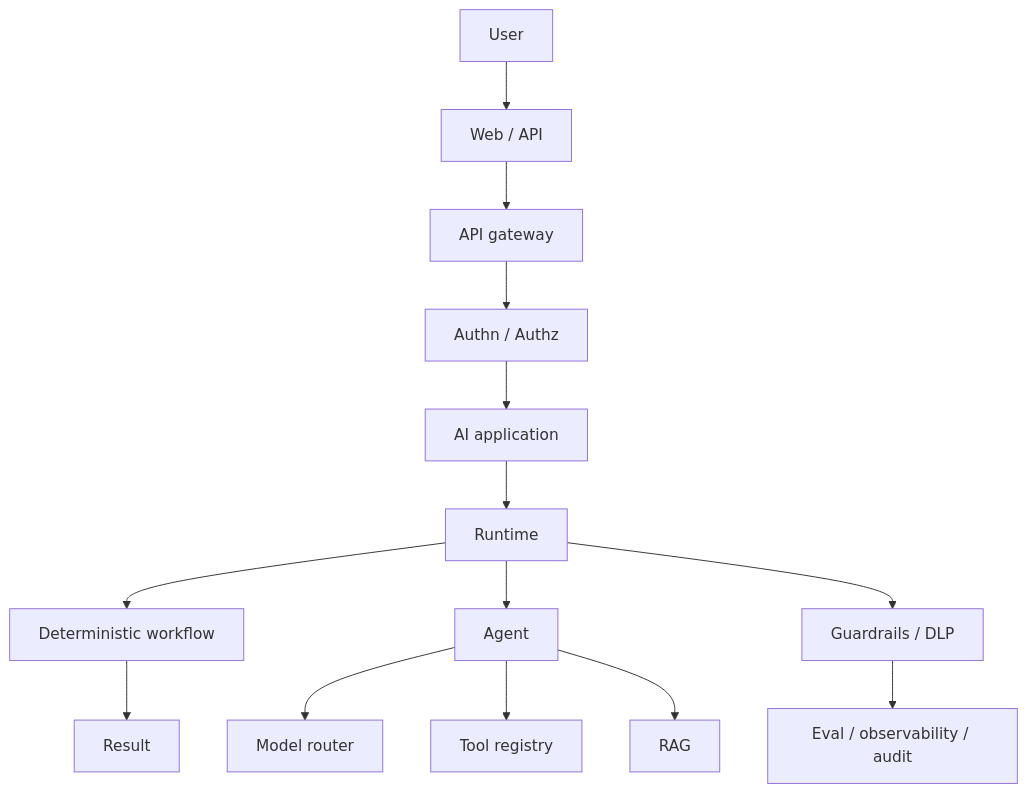
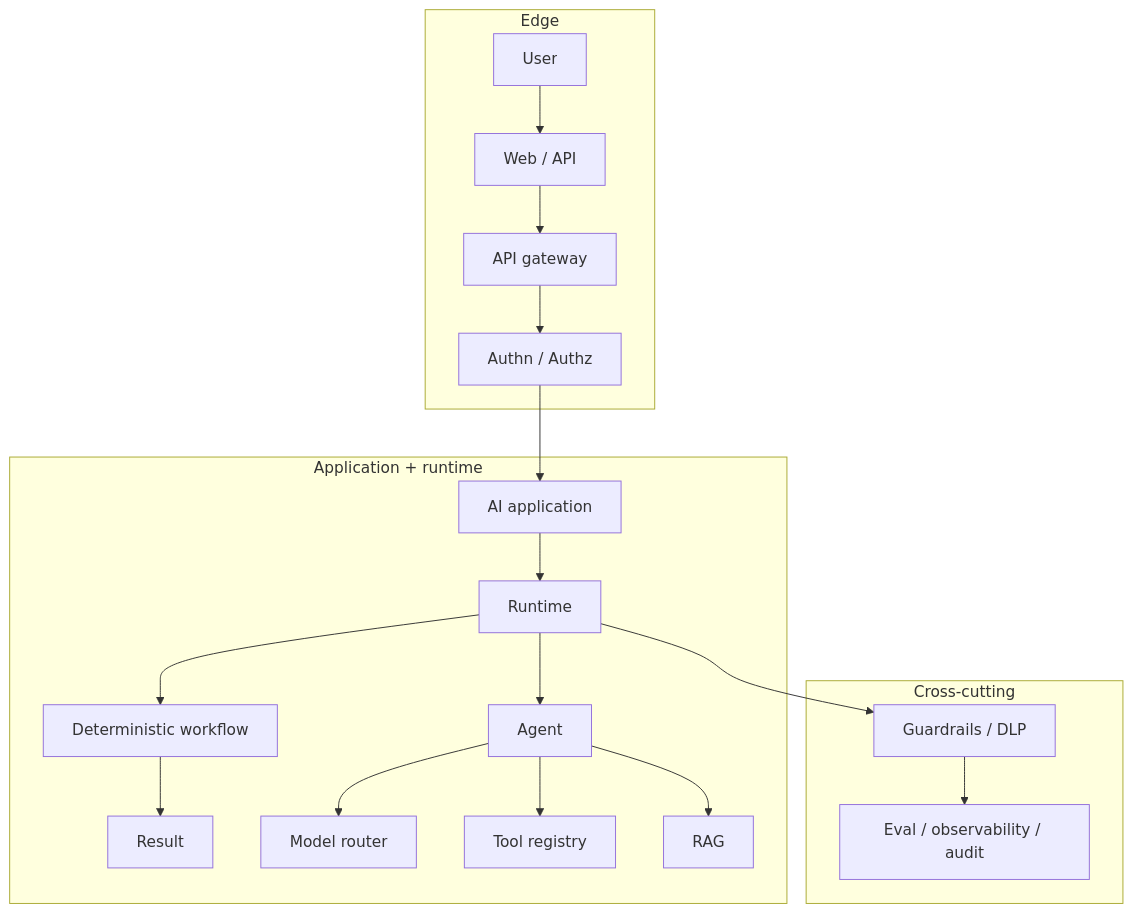
Before and after one commit to krishnaviswa/AiLearner: the diagram in 26-AI-CLOUD-ARCHITECTURE/01-overview.md, drawn with Mermaid. The commit also changed 109 other files, not shown here.

Commit message:
Enhance dependency graphs and styling across multiple HTML files. Added class definitions for various components to improve visual representation and organization. Updated flowcharts to include subgraphs for better clarity in the architecture and decision-making processes.

````diff
--- a/26-AI-CLOUD-ARCHITECTURE/01-overview.md
+++ b/26-AI-CLOUD-ARCHITECTURE/01-overview.md
@@ -22,16 +22,22 @@
 ```mermaid
 flowchart TB
-  U[User] --> FE[Web / API]
-  FE --> GW[API gateway]
-  GW --> IAM[Authn / Authz]
-  IAM --> APP[AI application]
-  APP --> RT[Runtime]
-  RT --> WF[Deterministic workflow]
-  RT --> AG[Agent]
-  WF --> OUT[Result]
-  AG --> MR[Model router]
-  AG --> TR[Tool registry]
-  AG --> RAG[RAG]
-  RT --> GR[Guardrails / DLP]
-  GR --> OBS[Eval / observability / audit]
+  subgraph edge [Edge]
+    U[User] --> FE[Web / API]
+    FE --> GW[API gateway]
+    GW --> IAM[Authn / Authz]
+  end
+  subgraph app [Application + runtime]
+    IAM --> APP[AI application]
+    APP --> RT[Runtime]
+    RT --> WF[Deterministic workflow]
+    RT --> AG[Agent]
+    WF --> OUT[Result]
+    AG --> MR[Model router]
+    AG --> TR[Tool registry]
+    AG --> RAG[RAG]
+  end
+  subgraph cross [Cross-cutting]
+    RT --> GR[Guardrails / DLP]
+    GR --> OBS[Eval / observability / audit]
+  end
 ```
````
